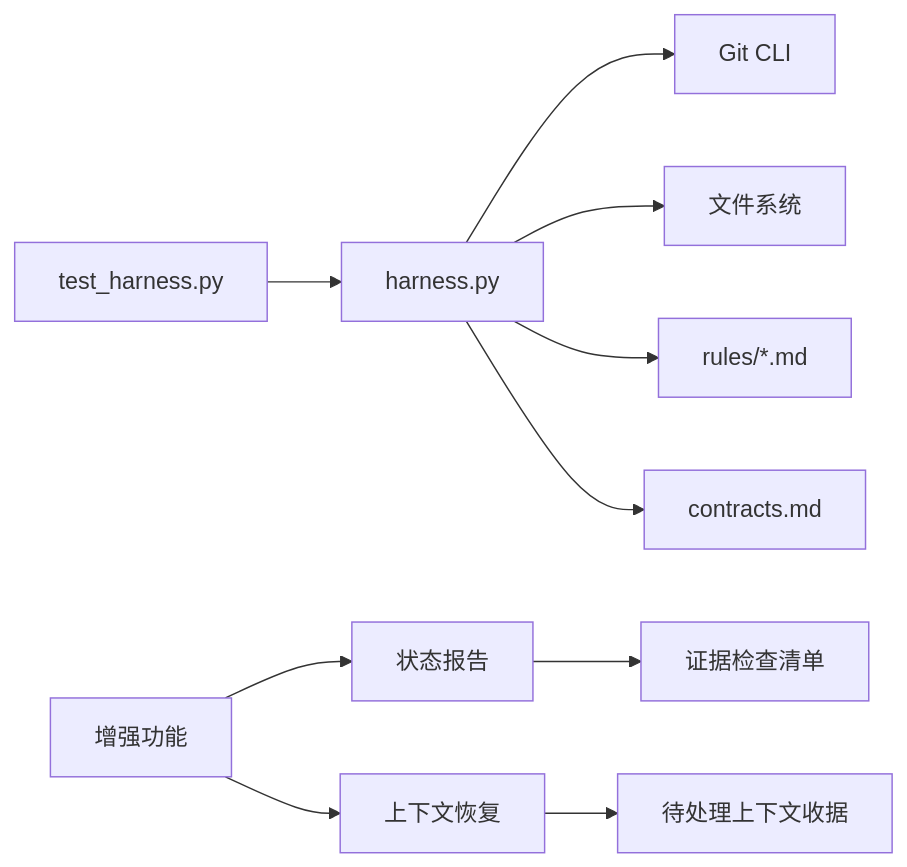
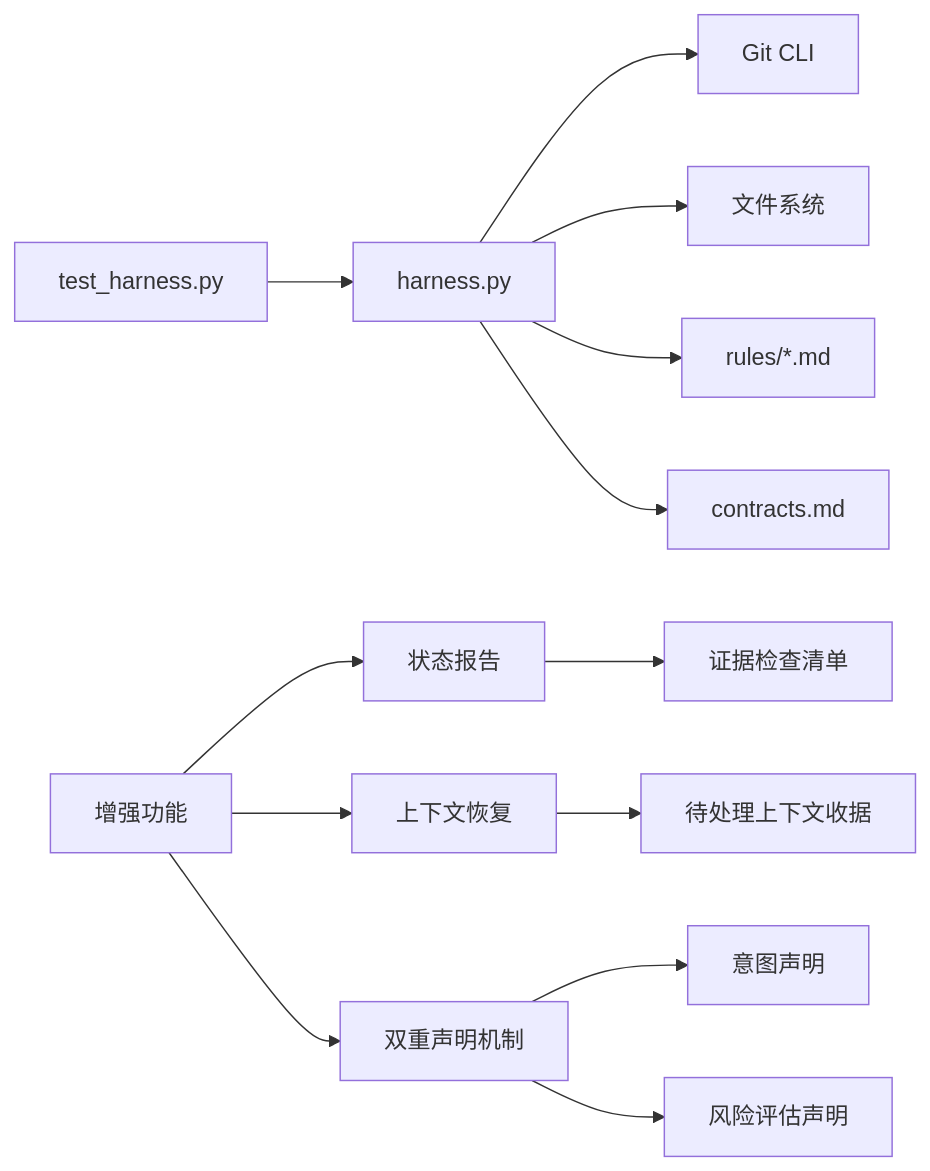
The fourth of 4 diagrams in .qoder/repowiki/zh/content/任务管理/任务生命周期管理.md (HackSing/docs-harness), drawn with Mermaid before and after one commit. The commit also changed other lines of this file and 27 other files, not shown here.

````diff
--- a/.qoder/repowiki/zh/content/任务管理/任务生命周期管理.md
+++ b/.qoder/repowiki/zh/content/任务管理/任务生命周期管理.md
@@ -321,12 +388,15 @@
 ```mermaid
 graph LR
 Harness["harness.py"] --> Git["Git CLI"]
 Harness --> FS["文件系统"]
 Harness --> Rules["rules/*.md"]
 Harness --> Contracts["contracts.md"]
 Tests["test_harness.py"] --> Harness
 Enhanced["增强功能"] --> StateReport["状态报告"]
 Enhanced --> ContextRecovery["上下文恢复"]
+Enhanced --> DualDeclaration["双重声明机制"]
 StateReport --> EvidenceChecklist["证据检查清单"]
 ContextRecovery --> PendingReceipts["待处理上下文收据"]
+DualDeclaration --> IntentAssessment["意图声明"]
+DualDeclaration --> GateAssessment["风险评估声明"]
 ```
````
